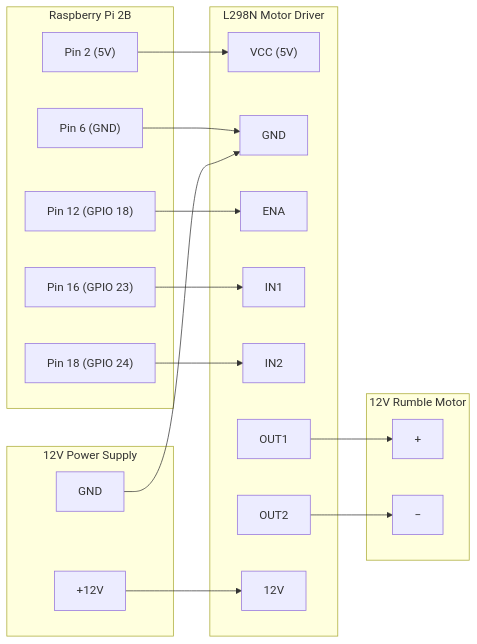
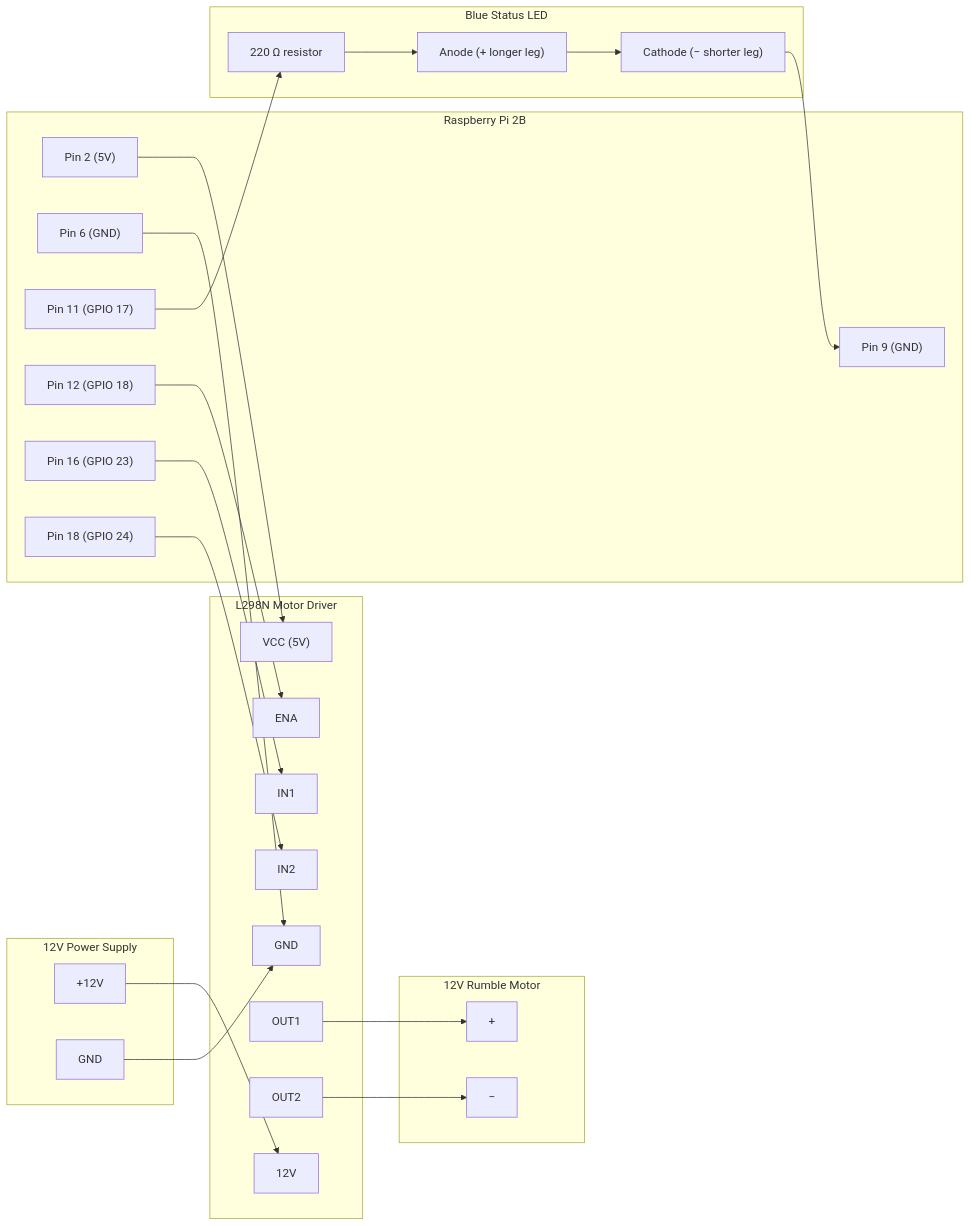
The diagram in docs/hardware/wiring.md (edsonpatricio/piedalmetry), drawn with Mermaid before and after one commit. The commit also changed other lines of this file and 13 other files, not shown here.

````diff
--- a/docs/hardware/wiring.md
+++ b/docs/hardware/wiring.md
@@ -25,43 +28,53 @@
 ```mermaid
 graph LR
     subgraph Pi ["Raspberry Pi 2B"]
         P2["Pin 2 (5V)"]
         P6["Pin 6 (GND)"]
+        P9["Pin 9 (GND)"]
+        P11["Pin 11 (GPIO 17)"]
         P12["Pin 12 (GPIO 18)"]
         P16["Pin 16 (GPIO 23)"]
         P18["Pin 18 (GPIO 24)"]
     end
 
     subgraph L298N ["L298N Motor Driver"]
         VCC["VCC (5V)"]
         GND_L["GND"]
         ENA["ENA"]
         IN1["IN1"]
         IN2["IN2"]
         OUT1["OUT1"]
         OUT2["OUT2"]
         V12["12V"]
     end
 
     subgraph PWR ["12V Power Supply"]
         V12S["+12V"]
         GNDS["GND"]
     end
 
     subgraph MTR ["12V Rumble Motor"]
         MP["+"]
         MM["−"]
     end
 
+    subgraph LED ["Blue Status LED"]
+        R["220 Ω resistor"]
+        LA["Anode (+ longer leg)"]
+        LC["Cathode (− shorter leg)"]
+    end
+
     P2  --> VCC
     P6  --> GND_L
     P12 --> ENA
     P16 --> IN1
     P18 --> IN2
 
     V12S --> V12
     GNDS --> GND_L
 
     OUT1 --> MP
     OUT2 --> MM
+
+    P11 --> R --> LA --> LC --> P9
 ```
````
